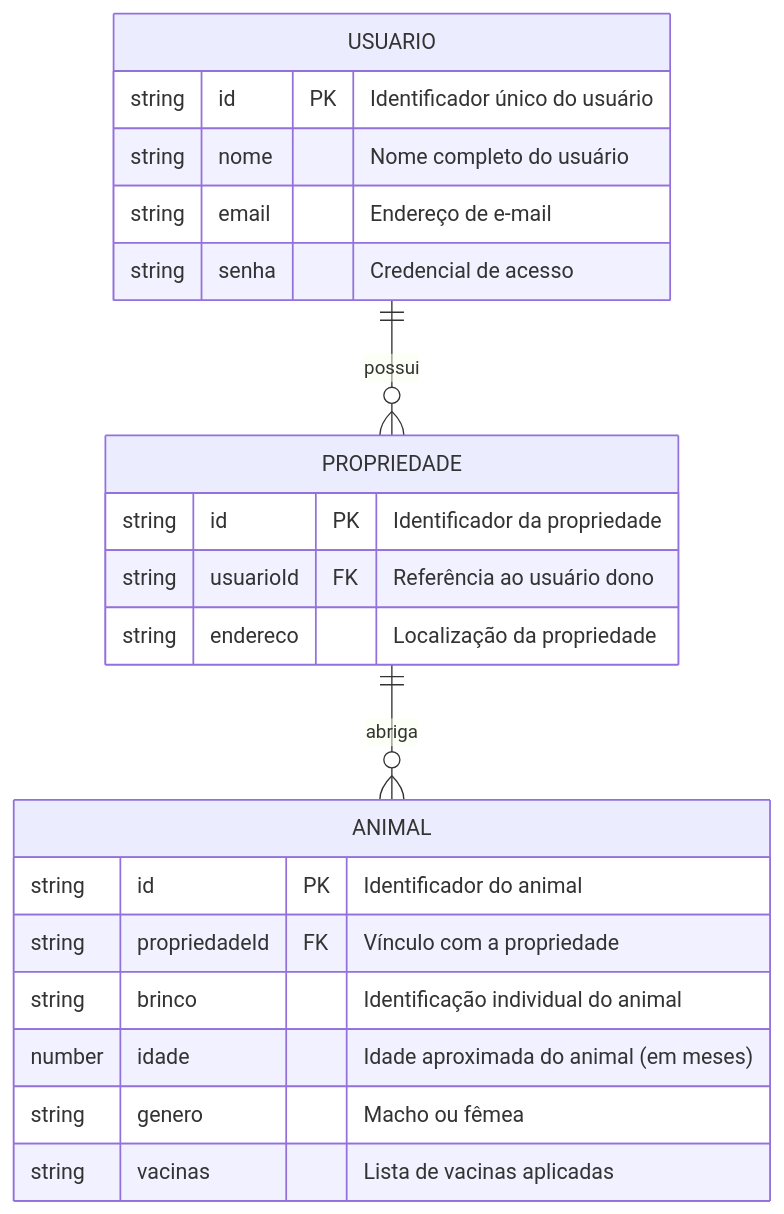
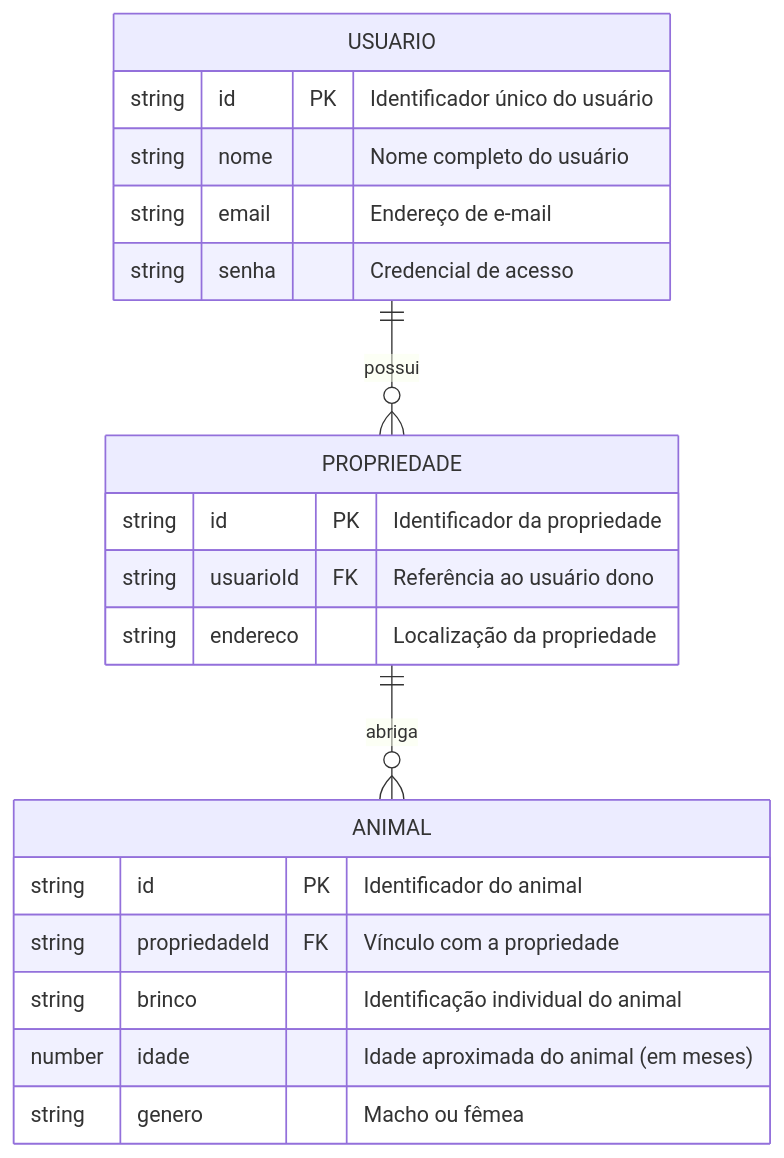
Before and after one commit to kowalczyk-eduardo/meu-rancho: the diagram in docs/spec.md, drawn with Mermaid.

````diff
--- a/docs/spec.md
+++ b/docs/spec.md
@@ -10,27 +10,26 @@
 ```mermaid
 erDiagram
     USUARIO ||--o{ PROPRIEDADE : "possui"
     PROPRIEDADE ||--o{ ANIMAL : "abriga"
 
     USUARIO {
         string id PK "Identificador único do usuário"
         string nome "Nome completo do usuário"
         string email "Endereço de e-mail"
         string senha "Credencial de acesso"
     }
 
     PROPRIEDADE {
         string id PK "Identificador da propriedade"
         string usuarioId FK "Referência ao usuário dono"
         string endereco "Localização da propriedade"
     }
 
     ANIMAL {
         string id PK "Identificador do animal"
         string propriedadeId FK "Vínculo com a propriedade"
         string brinco "Identificação individual do animal"
         number idade "Idade aproximada do animal (em meses)"
         string genero "Macho ou fêmea"
-        string vacinas "Lista de vacinas aplicadas"
     }
 ```
````
